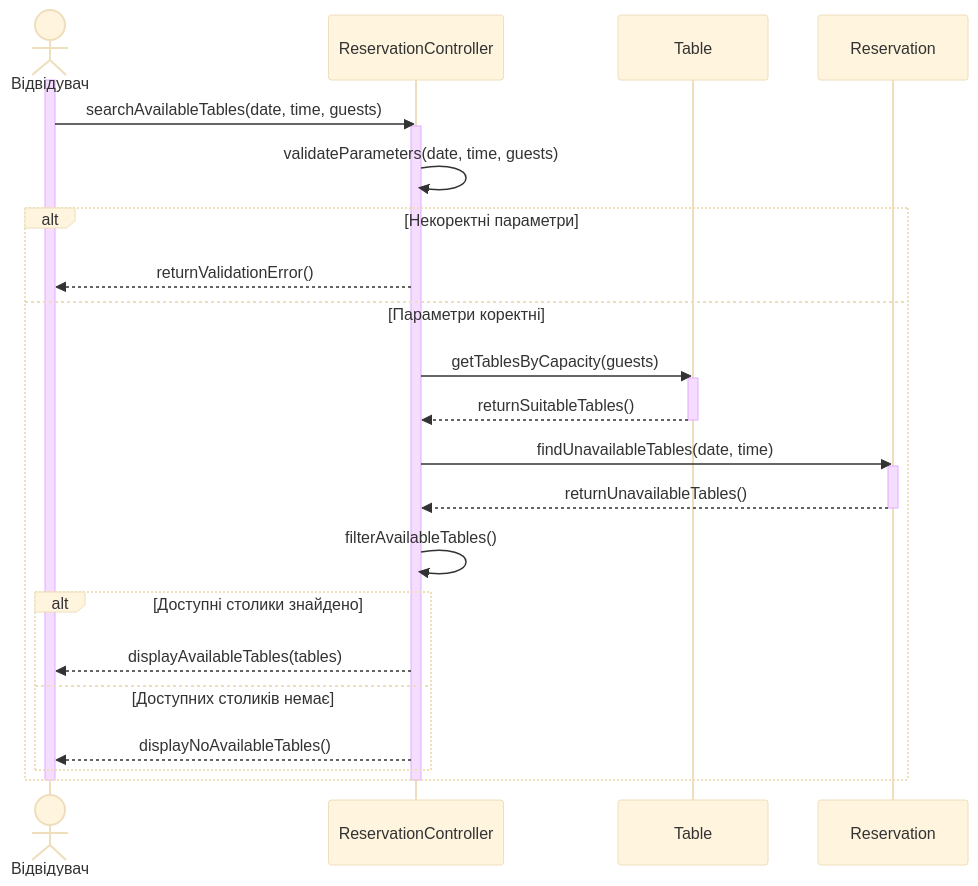
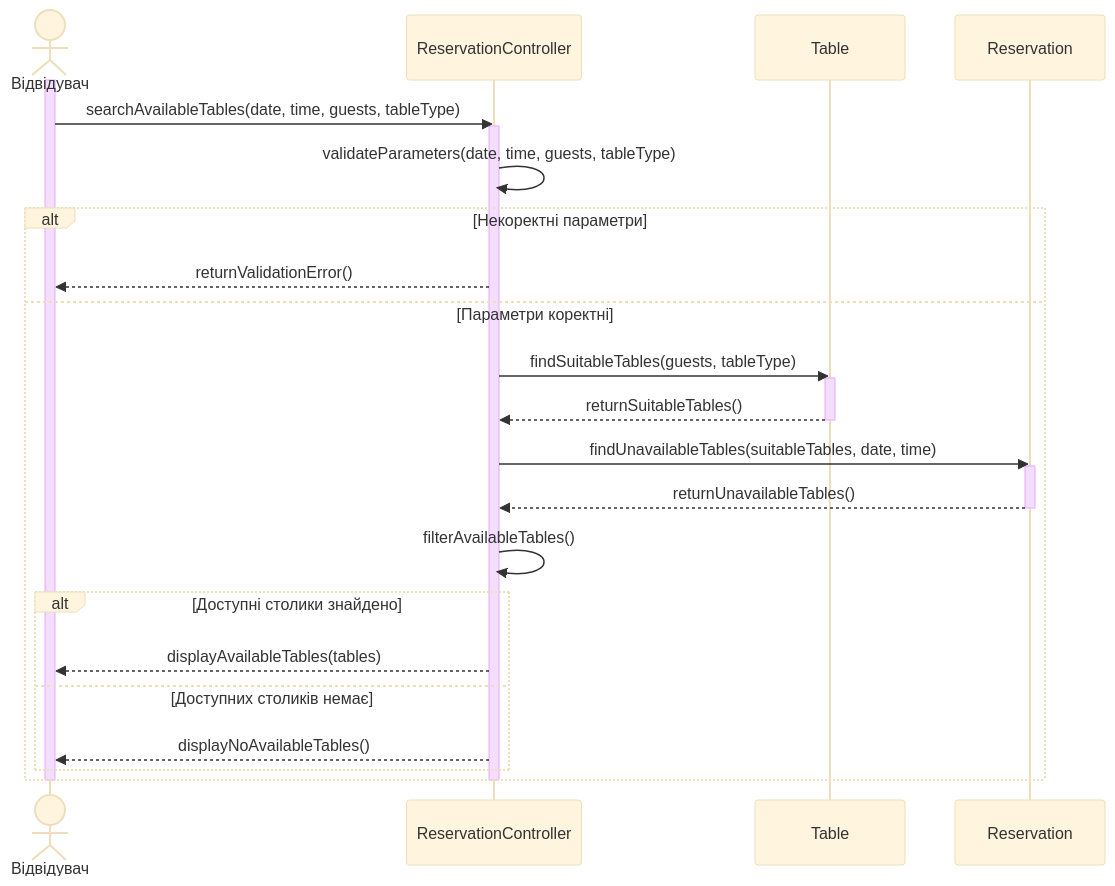
Before and after one commit to Vvvvvaleriia/Labs-KPI: the diagram in lab3/scenario-1.md, drawn with Mermaid (base theme). The commit also changed other lines of this file and 1 other file, not shown here.

````diff
--- a/lab3/scenario-1.md
+++ b/lab3/scenario-1.md
@@ -37,38 +26,38 @@
 ```mermaid
 sequenceDiagram
     actor User as Відвідувач
     participant RC as ReservationController
     participant T as Table
     participant R as Reservation
 
     activate User
-    User->>RC: searchAvailableTables(date, time, guests)
+    User->>RC: searchAvailableTables(date, time, guests, tableType)
     activate RC
 
-    RC->>RC: validateParameters(date, time, guests)
+    RC->>RC: validateParameters(date, time, guests, tableType)
 
     alt Некоректні параметри
         RC-->>User: returnValidationError()
     else Параметри коректні
-        RC->>T: getTablesByCapacity(guests)
+        RC->>T: findSuitableTables(guests, tableType)
         activate T
         T-->>RC: returnSuitableTables()
         deactivate T
 
-        RC->>R: findUnavailableTables(date, time)
+        RC->>R: findUnavailableTables(suitableTables, date, time)
         activate R
         R-->>RC: returnUnavailableTables()
         deactivate R
 
         RC->>RC: filterAvailableTables()
 
         alt Доступні столики знайдено
             RC-->>User: displayAvailableTables(tables)
         else Доступних столиків немає
             RC-->>User: displayNoAvailableTables()
         end
     end
 
     deactivate RC
     deactivate User
 ```
````
